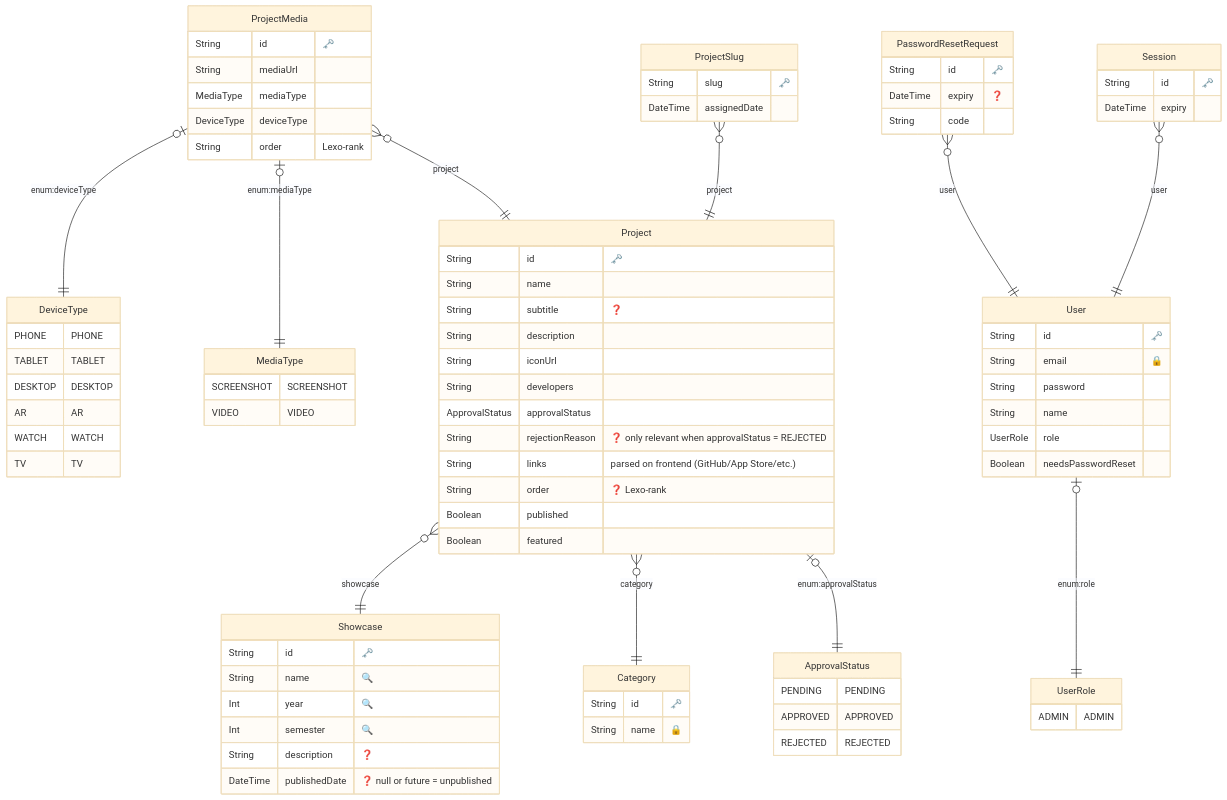
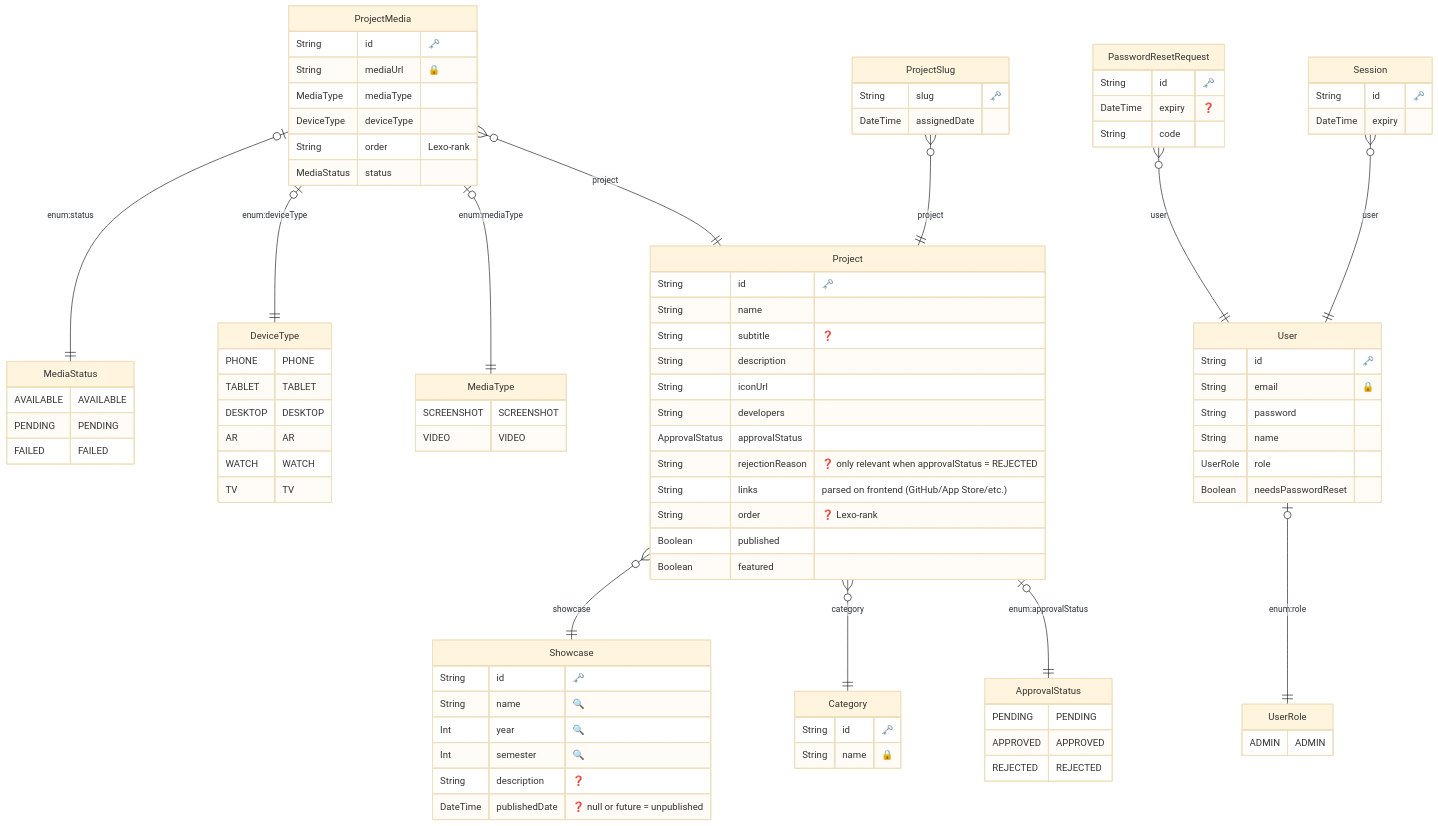
The diagram in shared/prisma/ERD.md (odisfm/hapi), drawn with Mermaid (base theme) before and after one commit. The commit also changed 23 other files, not shown here.

````diff
--- a/shared/prisma/ERD.md
+++ b/shared/prisma/ERD.md
@@ -10,6 +10,14 @@
         MediaType {
             SCREENSHOT SCREENSHOT
 VIDEO VIDEO
+        }
+    
+
+
+        MediaStatus {
+            AVAILABLE AVAILABLE
+PENDING PENDING
+FAILED FAILED
         }
     
 
@@ -81,10 +89,11 @@
 
   "ProjectMedia" {
     String id "🗝️"
-    String mediaUrl 
+    String mediaUrl "🔒"
     MediaType mediaType 
     DeviceType deviceType 
     String order "Lexo-rank"
+    MediaStatus status 
     }
   
 
@@ -108,6 +117,7 @@
     "ProjectMedia" }o--|| "Project" : "project"
     "ProjectMedia" |o--|| "MediaType" : "enum:mediaType"
     "ProjectMedia" |o--|| "DeviceType" : "enum:deviceType"
+    "ProjectMedia" |o--|| "MediaStatus" : "enum:status"
     "ProjectSlug" }o--|| "Project" : "project"
     "PasswordResetRequest" }o--|| "User" : "user"
 ```
````
